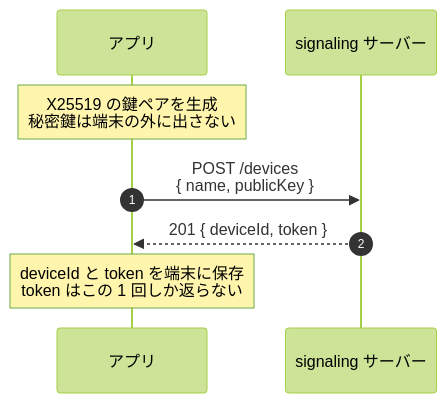
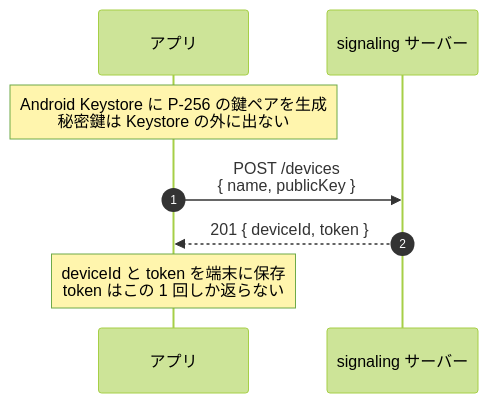
The second of 10 diagrams in docs/design.md (scolor-dev/p2p-chat), drawn with Mermaid (forest theme) before and after one commit. The commit also changed other lines of this file and 2 other files, not shown here.

First line of the commit message:
設計書を v0.2 に更新（鍵を P-256 + Keystore に、開発の進め方を追加）

````diff
--- a/docs/design.md
+++ b/docs/design.md
@@ -166,11 +176,11 @@
 ```mermaid
 sequenceDiagram
     autonumber
     participant App as アプリ
     participant S as signaling サーバー
 
-    Note over App: X25519 の鍵ペアを生成<br/>秘密鍵は端末の外に出さない
+    Note over App: Android Keystore に P-256 の鍵ペアを生成<br/>秘密鍵は Keystore の外に出ない
     App->>S: POST /devices<br/>{ name, publicKey }
     S-->>App: 201 { deviceId, token }
     Note over App: deviceId と token を端末に保存<br/>token はこの 1 回しか返らない
 ```
````
